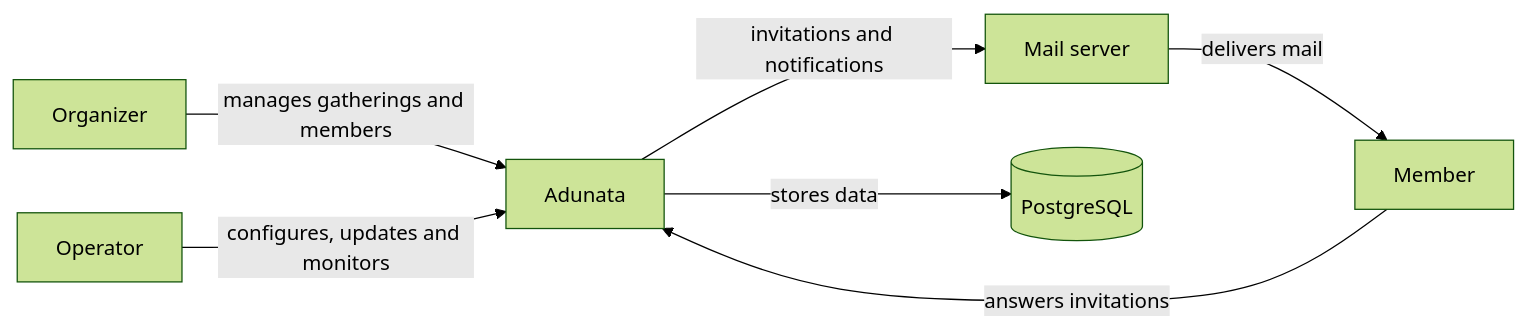
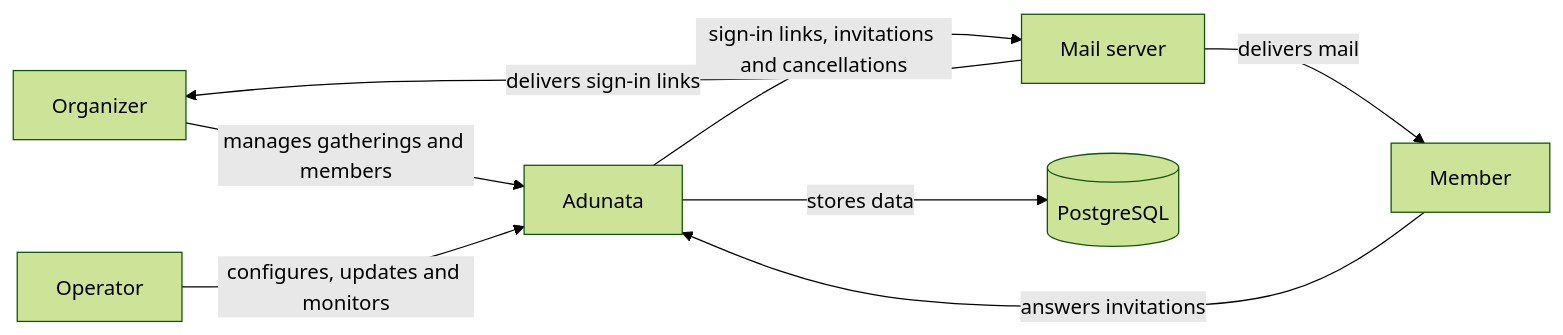
Before and after one commit to kammerchor-wernigerode/adunata: the diagram in docs/arc42/03-context-and-scope.md, drawn with Mermaid (forest theme). The commit also changed other lines of this file and 1 other file, not shown here.

````diff
--- a/docs/arc42/03-context-and-scope.md
+++ b/docs/arc42/03-context-and-scope.md
@@ -7,9 +7,10 @@
 ```mermaid
 flowchart LR
   organizer[Organizer] -- manages gatherings and members --> adunata[Adunata]
   member[Member] -- answers invitations --> adunata
   operator[Operator] -- configures, updates and monitors --> adunata
-  adunata -- invitations and notifications --> mailServer[Mail server]
+  adunata -- sign-in links, invitations and cancellations --> mailServer[Mail server]
   mailServer -- delivers mail --> member
+  mailServer -- delivers sign-in links --> organizer
   adunata -- stores data --> postgres[(PostgreSQL)]
 ```
````
